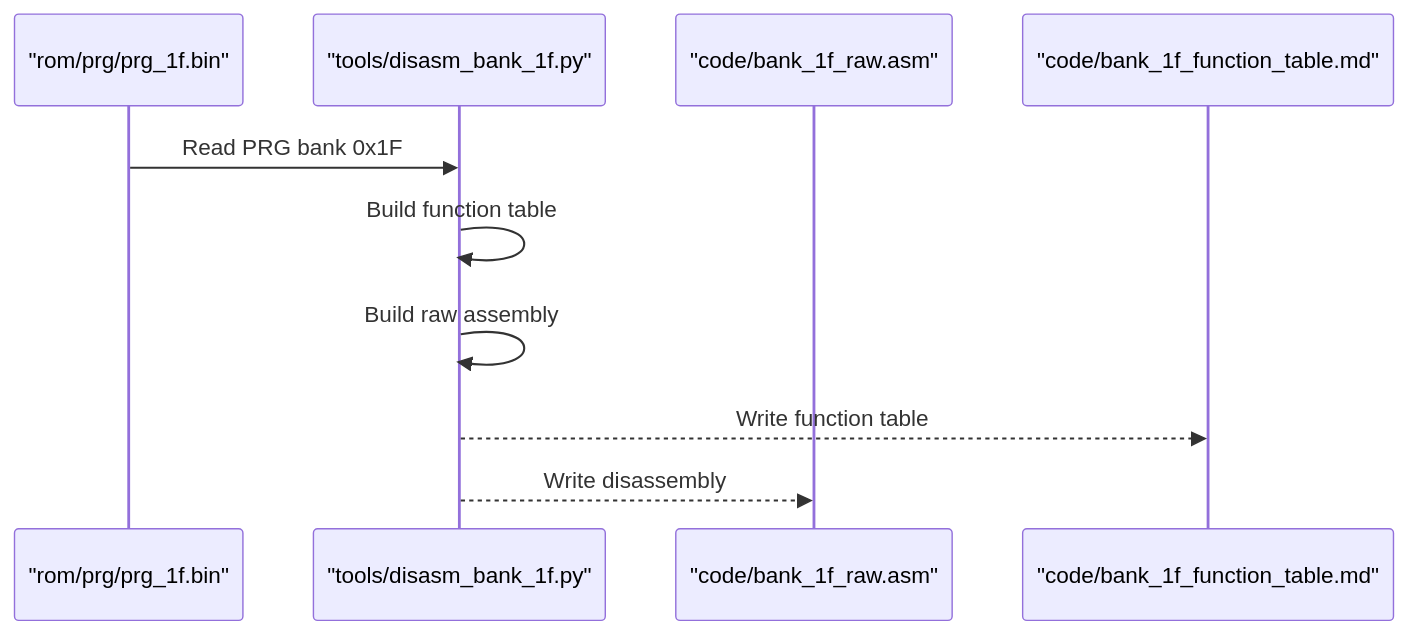
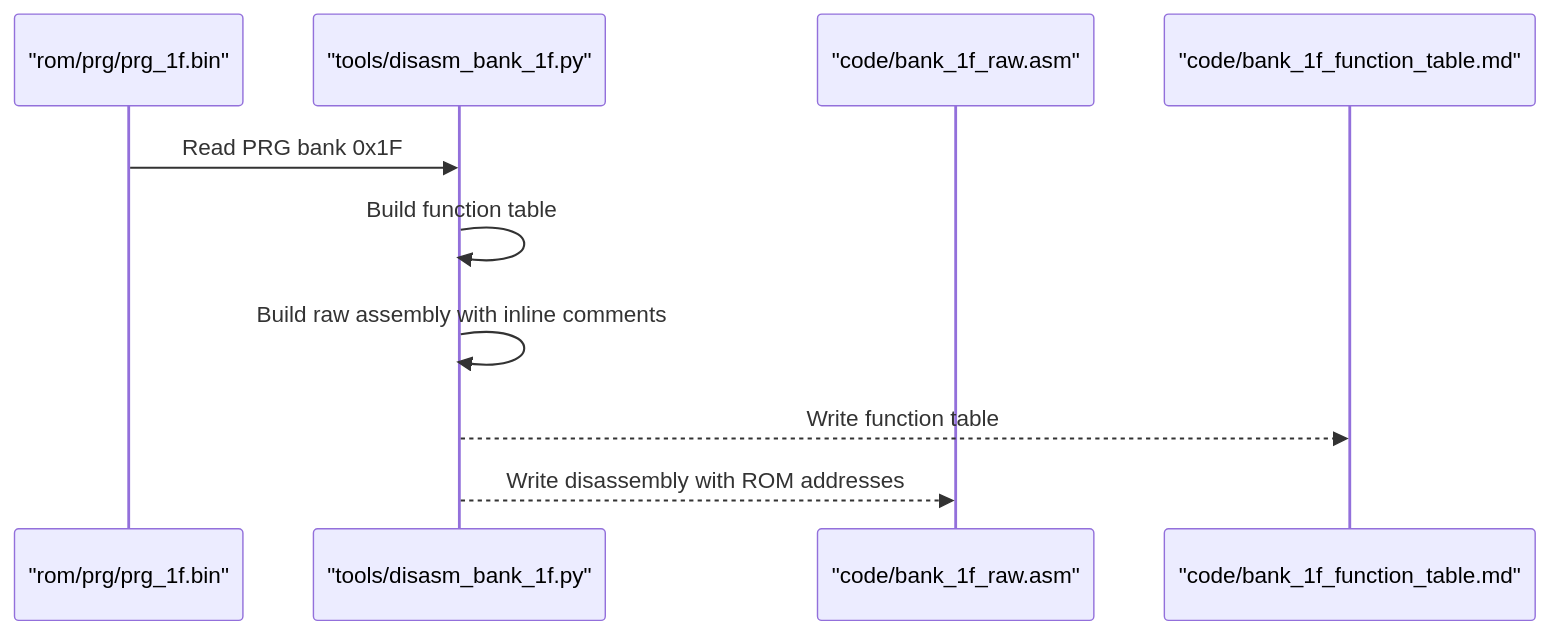
One commit to rabbyzero/sango2dasm changed the third of 4 diagrams in .qoder/repowiki/en/content/Disassembly Workflow/Disassembly Workflow.md. Above: the diagram before and after it, drawn with Mermaid. The commit also changed other lines of this file and 26 other files, not shown here.

````diff
--- a/.qoder/repowiki/en/content/Disassembly Workflow/Disassembly Workflow.md
+++ b/.qoder/repowiki/en/content/Disassembly Workflow/Disassembly Workflow.md
@@ -182,12 +204,12 @@
 ```mermaid
 sequenceDiagram
 participant ROM as "rom/prg/prg_1f.bin"
 participant DIS as "tools/disasm_bank_1f.py"
 participant OUT as "code/bank_1f_raw.asm"
 participant TAB as "code/bank_1f_function_table.md"
 ROM->>DIS : Read PRG bank 0x1F
 DIS->>DIS : Build function table
-DIS->>DIS : Build raw assembly
+DIS->>DIS : Build raw assembly with inline comments
 DIS-->>TAB : Write function table
-DIS-->>OUT : Write disassembly
+DIS-->>OUT : Write disassembly with ROM addresses
 ```
````
